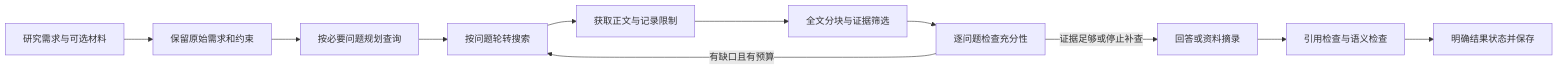
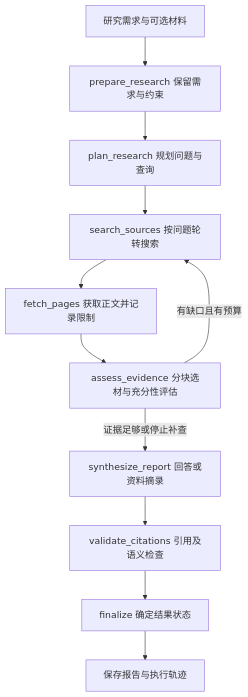
Before and after one commit to IamJUNK/AgentScout: the diagram in README.md, drawn with Mermaid. The commit also changed other lines of this file and 33 other files, not shown here.

````diff
--- a/README.md
+++ b/README.md
@@ -7,13 +169,13 @@
-```mermaid
-flowchart LR
-    A[研究需求与可选材料] --> B[保留原始需求和约束]
-    B --> C[按必要问题规划查询]
-    C --> D[按问题轮转搜索]
-    D --> E[获取正文与记录限制]
-    E --> F[全文分块与证据筛选]
-    F --> G[逐问题检查充分性]
-    G -->|有缺口且有预算| D
-    G -->|证据足够或停止补查| H[回答或资料摘录]
-    H --> I[引用检查与语义检查]
-    I --> J[明确结果状态并保存]
-```
+~~~mermaid
+flowchart TD
+    IN[研究需求与可选材料] --> A[prepare_research 保留需求与约束]
+    A --> B[plan_research 规划问题与查询]
+    B --> C[search_sources 按问题轮转搜索]
+    C --> D[fetch_pages 获取正文并记录限制]
+    D --> E[assess_evidence 分块选材与充分性评估]
+    E -->|有缺口且有预算| C
+    E -->|证据足够或停止补查| F[synthesize_report 回答或资料摘录]
+    F --> G[validate_citations 引用及语义检查]
+    G --> H[finalize 确定结果状态]
+    H --> OUT[保存报告与执行轨迹]
+~~~
````
